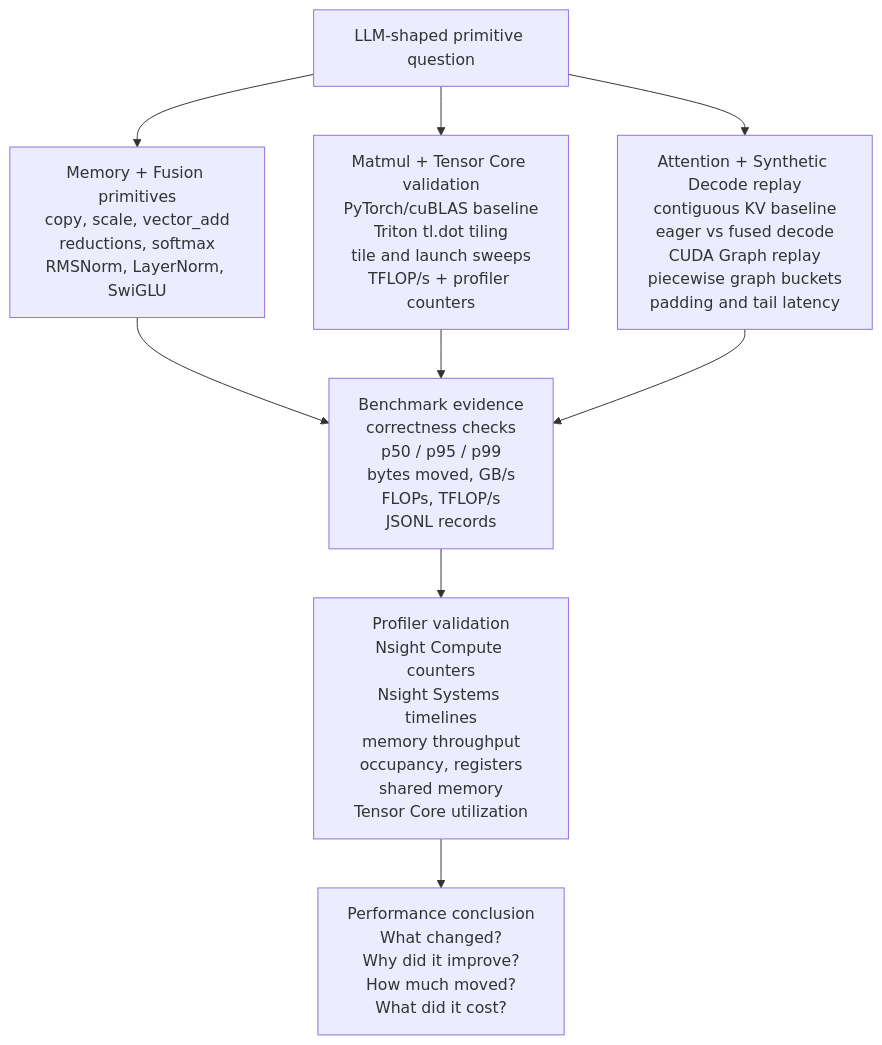
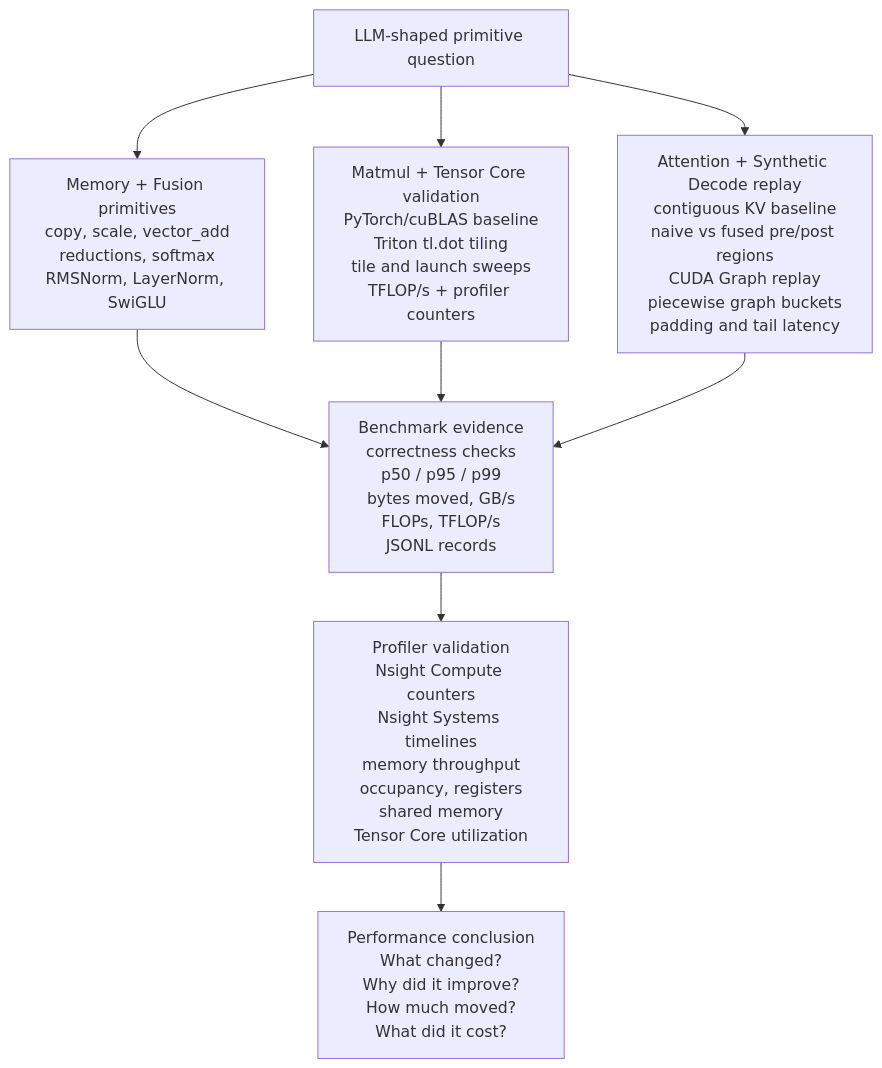
One commit to tungsheng/cuda-kernel-lab changed the diagram in docs/project-architecture.md. Above: the diagram before and after it, drawn with Mermaid. The commit also changed other lines of this file and 9 other files, not shown here.

````diff
--- a/docs/project-architecture.md
+++ b/docs/project-architecture.md
@@ -14,16 +14,16 @@
 ```mermaid
 flowchart TD
     Q["LLM-shaped primitive question"]
 
     Q --> M["Memory + Fusion primitives<br/>copy, scale, vector_add<br/>reductions, softmax<br/>RMSNorm, LayerNorm, SwiGLU"]
     Q --> G["Matmul + Tensor Core validation<br/>PyTorch/cuBLAS baseline<br/>Triton tl.dot tiling<br/>tile and launch sweeps<br/>TFLOP/s + profiler counters"]
-    Q --> D["Attention + Synthetic Decode replay<br/>contiguous KV baseline<br/>eager vs fused decode<br/>CUDA Graph replay<br/>piecewise graph buckets<br/>padding and tail latency"]
+    Q --> D["Attention + Synthetic Decode replay<br/>contiguous KV baseline<br/>naive vs fused pre/post regions<br/>CUDA Graph replay<br/>piecewise graph buckets<br/>padding and tail latency"]
 
     M --> E["Benchmark evidence<br/>correctness checks<br/>p50 / p95 / p99<br/>bytes moved, GB/s<br/>FLOPs, TFLOP/s<br/>JSONL records"]
     G --> E
     D --> E
 
     E --> P["Profiler validation<br/>Nsight Compute counters<br/>Nsight Systems timelines<br/>memory throughput<br/>occupancy, registers<br/>shared memory<br/>Tensor Core utilization"]
 
     P --> C["Performance conclusion<br/>What changed?<br/>Why did it improve?<br/>How much moved?<br/>What did it cost?"]
 ```
````
